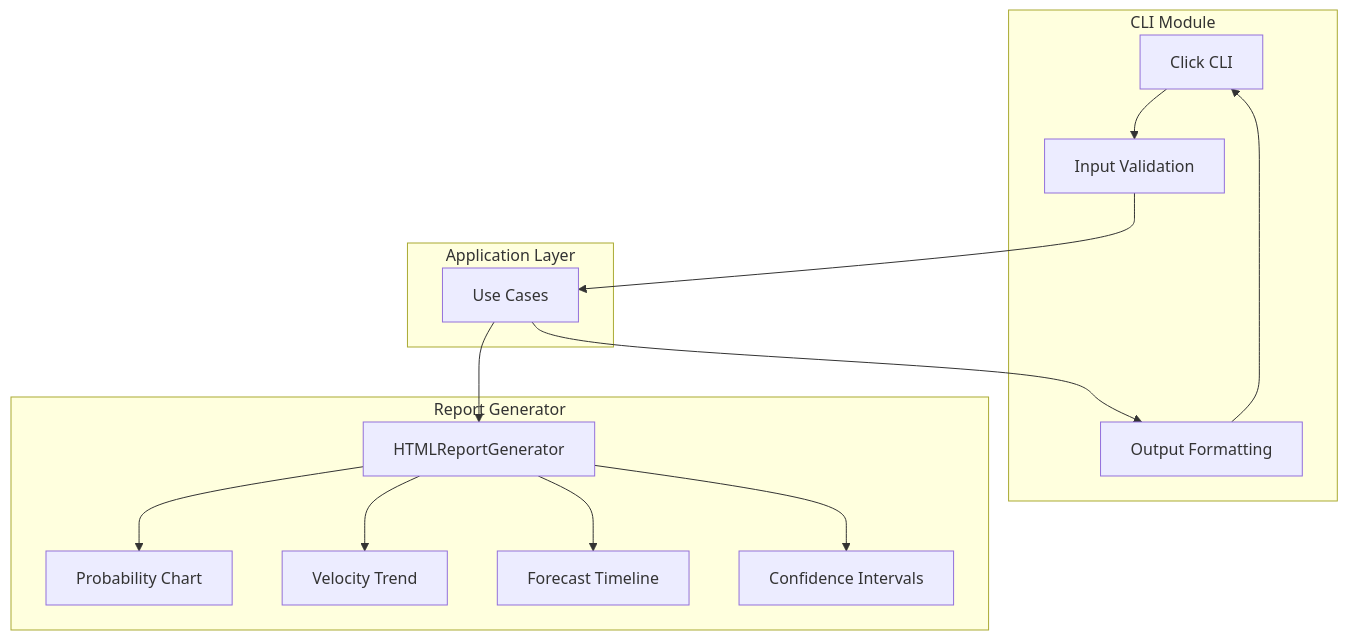
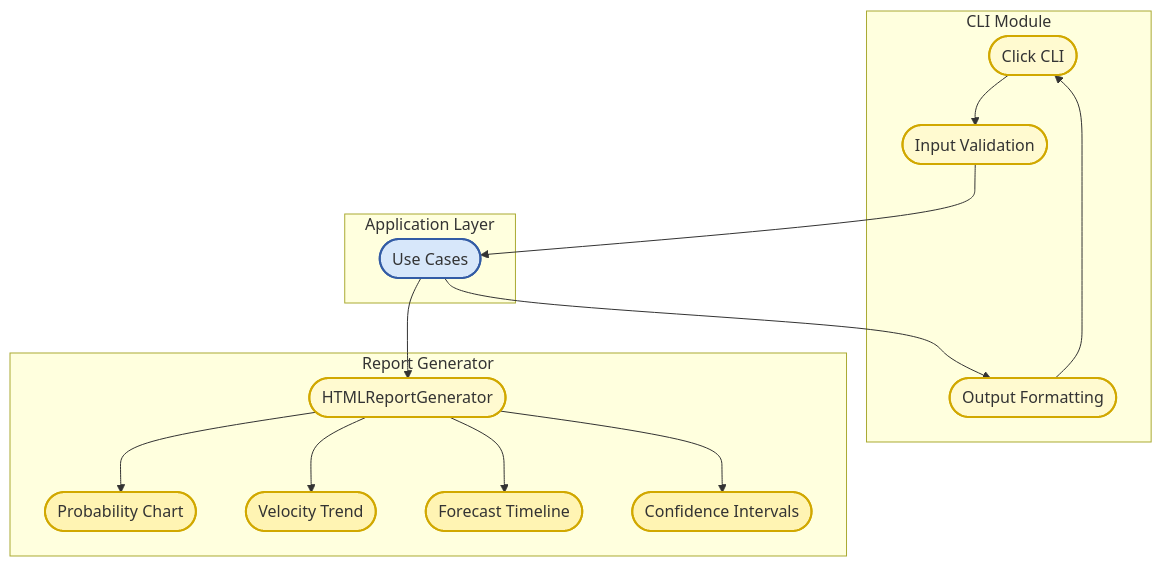
Before and after one commit to opreto/jira-monte-carlo: the fifth of 7 diagrams in ARCHITECTURE.md, drawn with Mermaid. The commit also changed other lines of this file and 1 other file, not shown here.

First line of the commit message:
Style all mermaid diagrams with professional formatting

````diff
--- a/ARCHITECTURE.md
+++ b/ARCHITECTURE.md
@@ -275,31 +304,47 @@
 ```mermaid
-graph TB
-    subgraph "CLI Module"
-        CLI[Click CLI]
-        IV[Input Validation]
-        OP[Output Formatting]
+%%{init: { 'flowchart': { 'curve': 'basis', 'htmlLabels': false }}}%%
+flowchart TB
+    subgraph CLIModule["CLI Module"]
+        CLI([Click CLI])
+        IV([Input Validation])
+        OP([Output Formatting])
     end
     
-    subgraph "Report Generator"
-        RG[HTMLReportGenerator]
-        PC[Probability Chart]
-        VT[Velocity Trend]
-        FT[Forecast Timeline]
-        CI[Confidence Intervals]
+    subgraph ReportGen["Report Generator"]
+        RG([HTMLReportGenerator])
+        PC([Probability Chart])
+        VT([Velocity Trend])
+        FT([Forecast Timeline])
+        CI([Confidence Intervals])
     end
     
-    subgraph "Application Layer"
-        UC[Use Cases]
+    subgraph AppLayer["Application Layer"]
+        UC([Use Cases])
     end
     
     CLI --> IV
     IV --> UC
     UC --> OP
     OP --> CLI
     
     UC --> RG
     RG --> PC
     RG --> VT
     RG --> FT
     RG --> CI
+
+    %% Style CLI components
+    style CLI fill:#FFFAD0,stroke:#D1A800,stroke-width:2px
+    style IV fill:#FFFAD0,stroke:#D1A800,stroke-width:2px
+    style OP fill:#FFFAD0,stroke:#D1A800,stroke-width:2px
+
+    %% Style Report components
+    style RG fill:#FFFAD0,stroke:#D1A800,stroke-width:2px
+    style PC fill:#FFF4B3,stroke:#D1A800,stroke-width:2px
+    style VT fill:#FFF4B3,stroke:#D1A800,stroke-width:2px
+    style FT fill:#FFF4B3,stroke:#D1A800,stroke-width:2px
+    style CI fill:#FFF4B3,stroke:#D1A800,stroke-width:2px
+
+    %% Style Application layer
+    style UC fill:#D7E7FA,stroke:#335CA5,stroke-width:2px
 ```
````
